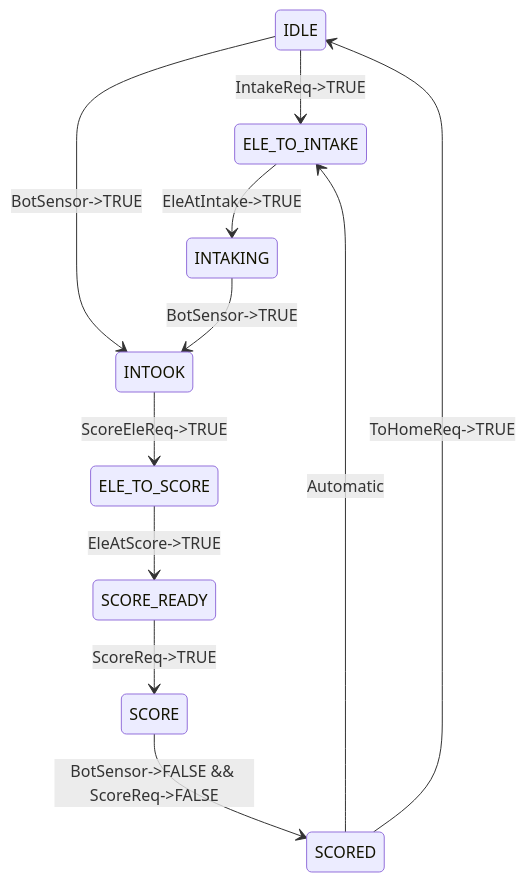
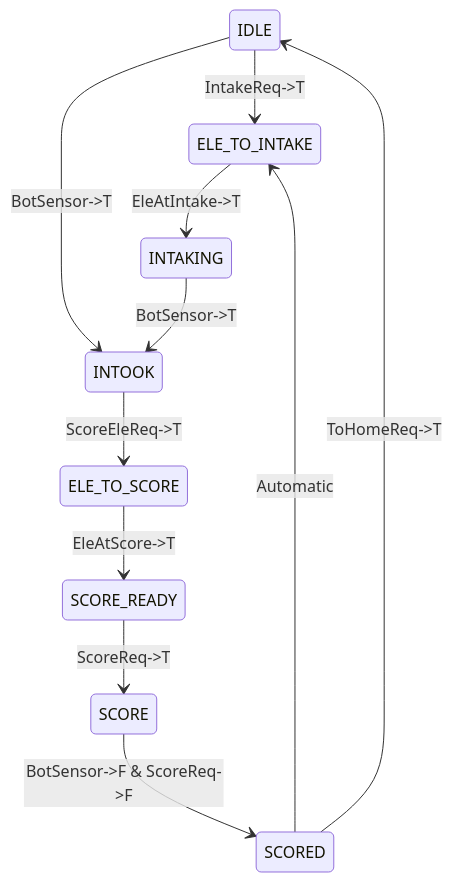
One commit to WaltonRobotics/Reefscape changed the diagram in docs/Superstructure.md. Above: the diagram before and after it, drawn with Mermaid.

Commit message:
MAN IT STILL DIDNT WORK

````diff
--- a/docs/Superstructure.md
+++ b/docs/Superstructure.md
@@ -17,23 +17,23 @@
 ```mermaid
 stateDiagram
     state "IDLE" as s1
     state "ELE_TO_INTAKE" as s2
     state "INTAKING" as s3
     state "INTOOK" as s4
     state "ELE_TO_SCORE" as s5
     state "SCORE_READY" as s6
     state "SCORE" as s7
     state "SCORED" as s8
 
-    s1 --> s2: IntakeReq->TRUE
-    s1 --> s4: BotSensor->TRUE
-    s2 --> s3: EleAtIntake->TRUE
-    s3 --> s4: BotSensor->TRUE
-    s4 --> s5: ScoreEleReq->TRUE
-    s5 --> s6: EleAtScore->TRUE
-    s6 --> s7: ScoreReq->TRUE
-    s7 --> s8: BotSensor->FALSE && ScoreReq->FALSE
+    s1 --> s2: IntakeReq->T
+    s1 --> s4: BotSensor->T
+    s2 --> s3: EleAtIntake->T
+    s3 --> s4: BotSensor->T
+    s4 --> s5: ScoreEleReq->T
+    s5 --> s6: EleAtScore->T
+    s6 --> s7: ScoreReq->T
+    s7 --> s8: BotSensor->F & ScoreReq->F
     s8 --> s2: Automatic
-    s8 --> s1: ToHomeReq->TRUE
+    s8 --> s1: ToHomeReq->T
 
 ```
````
